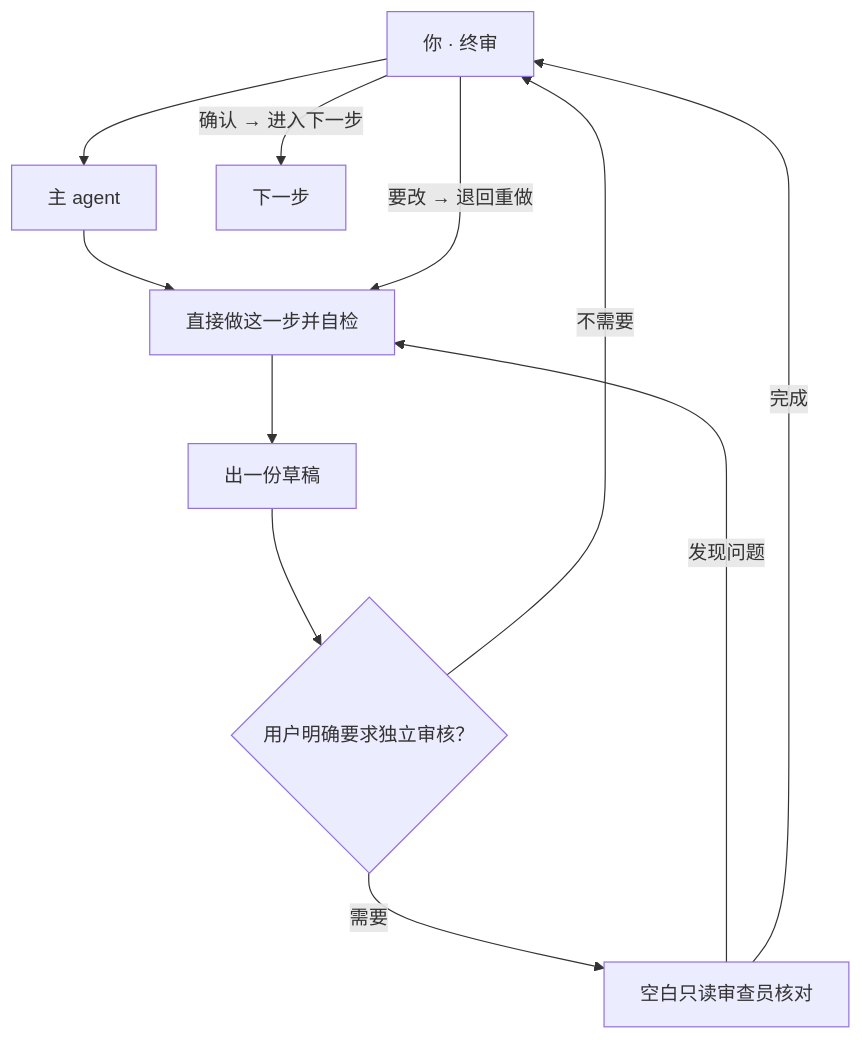
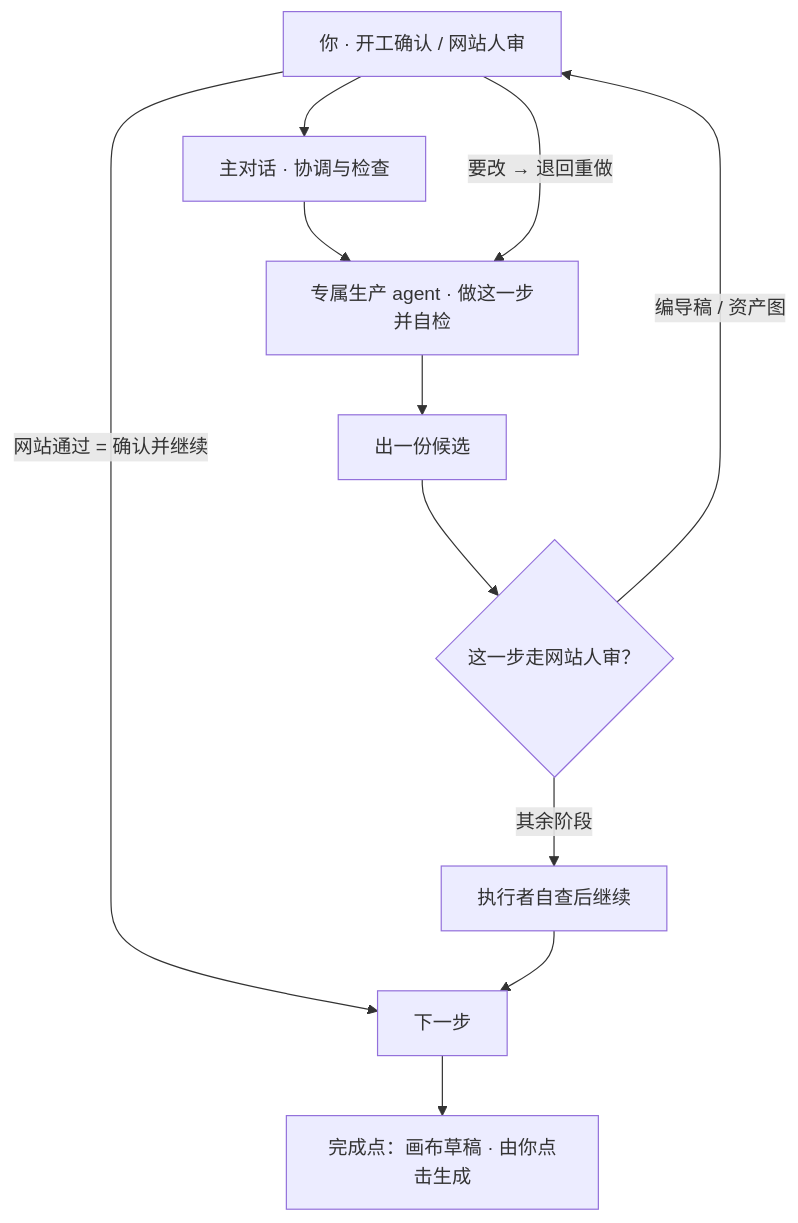
The diagram in docs/PROJECT_BLUEPRINT.md (yang43595-cell/Master-Storyboarding), drawn with Mermaid before and after one commit. The commit also changed other lines of this file and 61 other files, not shown here.

````diff
--- a/docs/PROJECT_BLUEPRINT.md
+++ b/docs/PROJECT_BLUEPRINT.md
@@ -31,13 +33,13 @@
 ```mermaid
 flowchart TD
-    YOU[你 · 终审] --> GO[主 agent]
-    GO --> WORK[直接做这一步并自检]
-    WORK --> DRAFT[出一份草稿]
-    DRAFT --> DECIDE{用户明确要求独立审核？}
-    DECIDE -->|需要| CHECK[空白只读审查员核对]
-    CHECK -->|发现问题| WORK
-    CHECK -->|完成| YOU
-    DECIDE -->|不需要| YOU
-    YOU -->|确认 → 进入下一步| NEXT[下一步]
-    YOU -->|要改 → 退回重做| WORK
+    YOU[你 · 开工确认 / 网站人审] --> LEAD[主对话 · 协调与检查]
+    LEAD --> PROD[专属生产 agent · 做这一步并自检]
+    PROD --> DRAFT[出一份候选]
+    DRAFT --> GATE{这一步走网站人审？}
+    GATE -->|编导稿 / 资产图| YOU
+    GATE -->|其余阶段| SELF[执行者自查后继续]
+    YOU -->|网站通过 = 确认并继续| NEXT[下一步]
+    YOU -->|要改 → 退回重做| PROD
+    SELF --> NEXT
+    NEXT --> CANVAS[完成点：画布草稿 · 由你点击生成]
 ```
````
